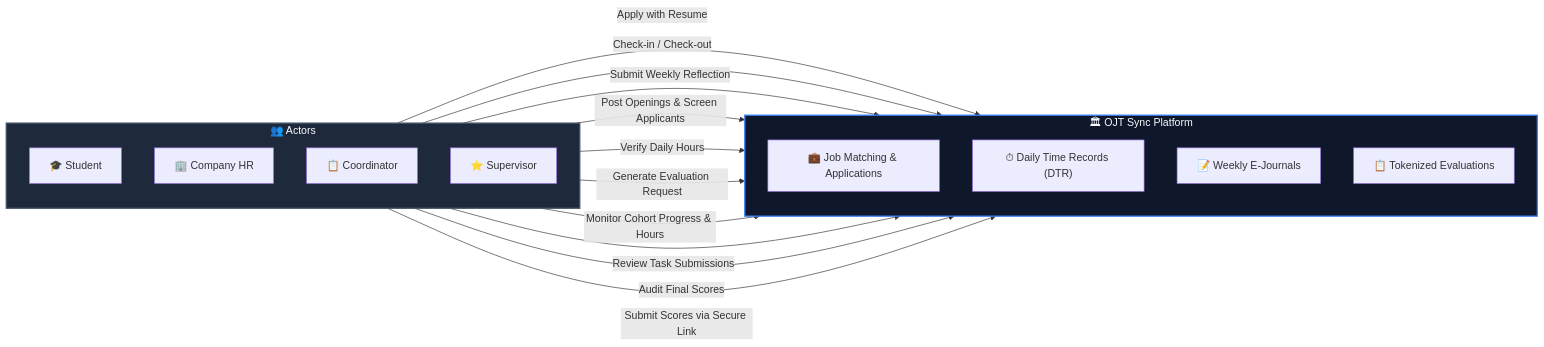
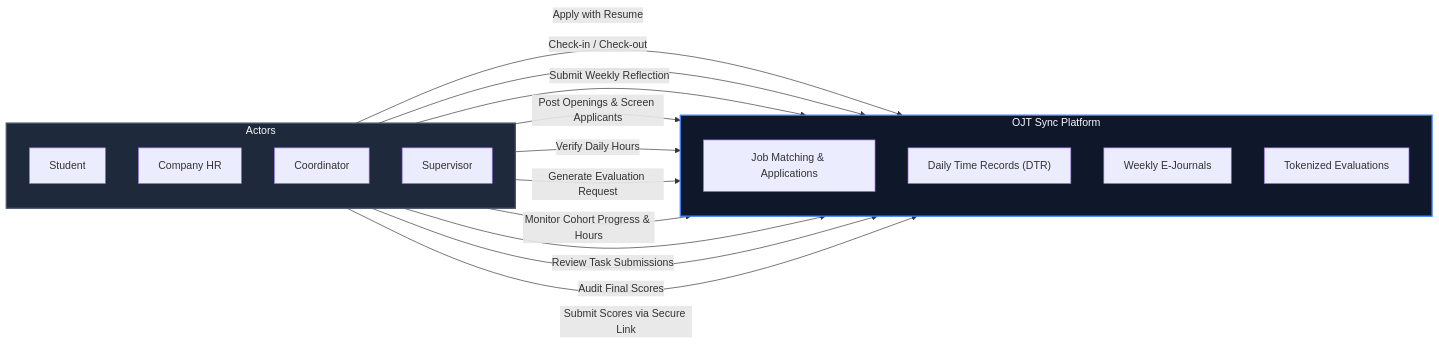
One commit to Yelxxx/OJT-SYNC-CROSS-PLATFORM changed the diagram in README.md. Above: the diagram before and after it, drawn with Mermaid. The commit also changed other lines of this file, not shown here.

Commit message:
Readme Update

````diff
--- a/README.md
+++ b/README.md
@@ -26,39 +26,39 @@
 ```mermaid
 flowchart LR
     %% Actors
-    subgraph Actors ["👥 Actors"]
+    subgraph Actors ["Actors"]
         direction TB
-        Student["🎓 Student"]
-        HR["🏢 Company HR"]
-        Coord["📋 Coordinator"]
-        Super["⭐ Supervisor"]
+        Student["Student"]
+        HR["Company HR"]
+        Coord["Coordinator"]
+        Super["Supervisor"]
     end
 
     %% Platform Modules
-    subgraph Platform ["🏛 OJT Sync Platform"]
+    subgraph Platform ["OJT Sync Platform"]
         direction TB
-        Jobs["💼 Job Matching & Applications"]
-        DTR["⏱ Daily Time Records (DTR)"]
-        Journal["📝 Weekly E-Journals"]
-        Eval["📋 Tokenized Evaluations"]
+        Jobs["Job Matching & Applications"]
+        DTR["Daily Time Records (DTR)"]
+        Journal["Weekly E-Journals"]
+        Eval["Tokenized Evaluations"]
     end
 
     %% Specific, accurate connections to modules
     Student -->|Apply with Resume| Jobs
     Student -->|Check-in / Check-out| DTR
     Student -->|Submit Weekly Reflection| Journal
 
     HR -->|Post Openings & Screen Applicants| Jobs
     HR -->|Verify Daily Hours| DTR
     HR -->|Generate Evaluation Request| Eval
 
     Coord -->|Monitor Cohort Progress & Hours| DTR
     Coord -->|Review Task Submissions| Journal
     Coord -->|Audit Final Scores| Eval
 
     Super -->|Submit Scores via Secure Link| Eval
 
     %% Styling
     style Actors fill:#1e293b,stroke:#475569,stroke-width:2px,color:#f8fafc
     style Platform fill:#0f172a,stroke:#3b82f6,stroke-width:2px,color:#f8fafc
 ```
````
